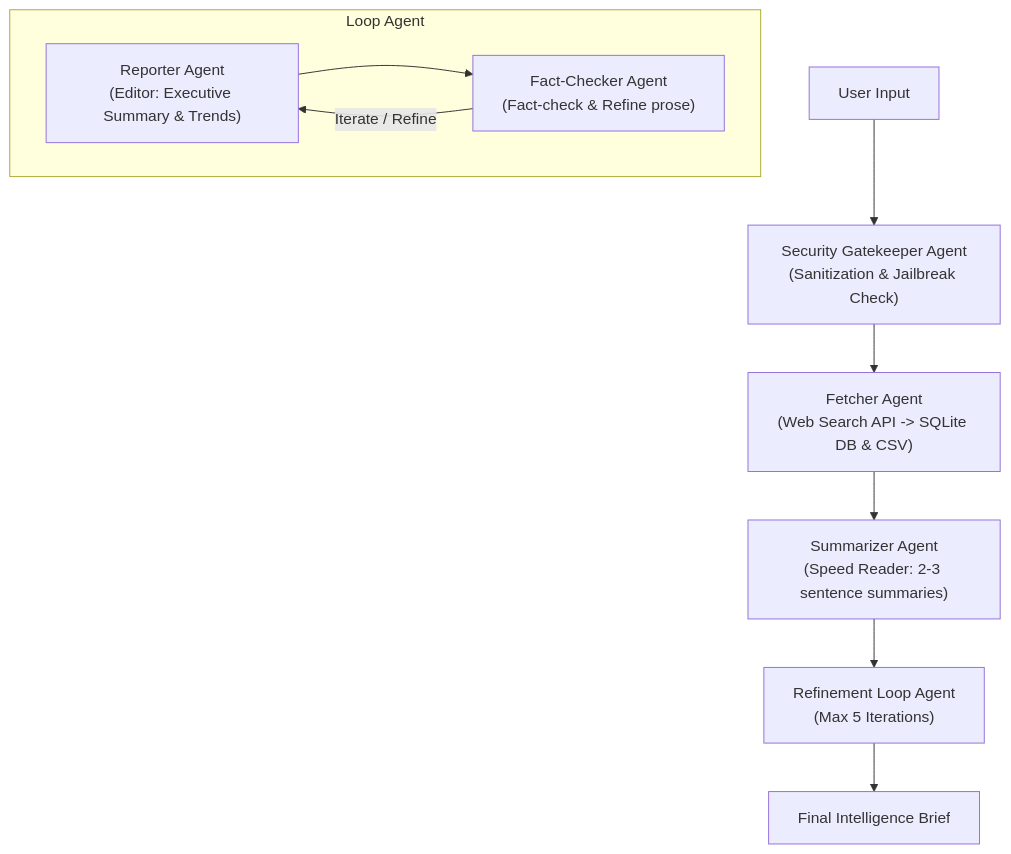
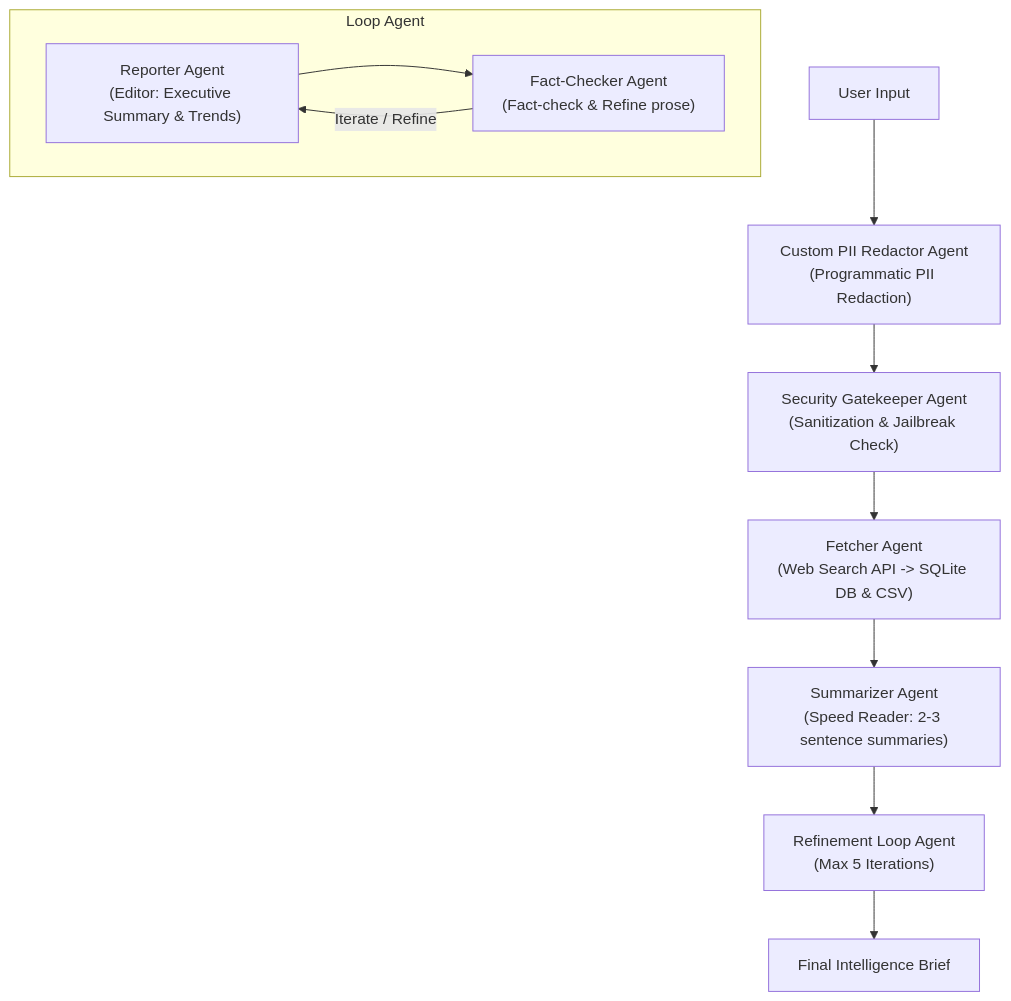
Before and after one commit to adicorppersonal/Google-AI-In-5-Days-final-project: the diagram in README.md, drawn with Mermaid. The commit also changed other lines of this file and 2 other files, not shown here.

Commit message:
Added a pii redactor

````diff
--- a/README.md
+++ b/README.md
@@ -31,12 +34,13 @@
 ```mermaid
 graph TD
-    User["User Input"] --> Gatekeeper["Security Gatekeeper Agent<br/>(Sanitization & Jailbreak Check)"]
+    User["User Input"] --> Redactor["Custom PII Redactor Agent<br/>(Programmatic PII Redaction)"]
+    Redactor --> Gatekeeper["Security Gatekeeper Agent<br/>(Sanitization & Jailbreak Check)"]
     Gatekeeper --> Fetcher["Fetcher Agent<br/>(Web Search API -> SQLite DB & CSV)"]
     Fetcher --> Summarizer["Summarizer Agent<br/>(Speed Reader: 2-3 sentence summaries)"]
     Summarizer --> Loop["Refinement Loop Agent<br/>(Max 5 Iterations)"]
     subgraph Refinement Loop [Loop Agent]
         Reporter["Reporter Agent<br/>(Editor: Executive Summary & Trends)"] --> FactChecker["Fact-Checker Agent<br/>(Fact-check & Refine prose)"]
         FactChecker -->|Iterate / Refine| Reporter
     end
     Loop --> Final["Final Intelligence Brief"]
 ```
````
